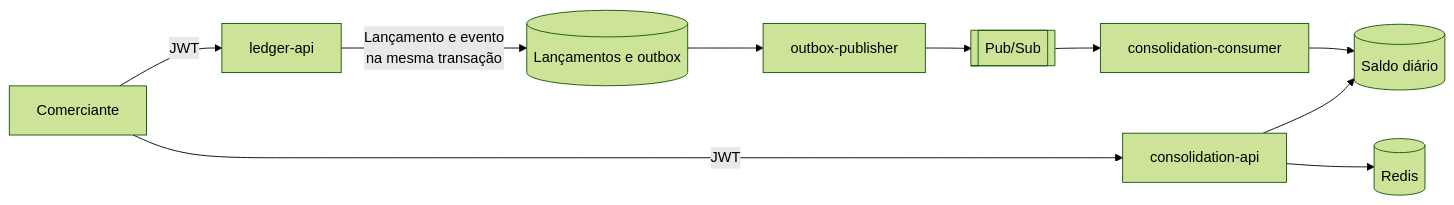
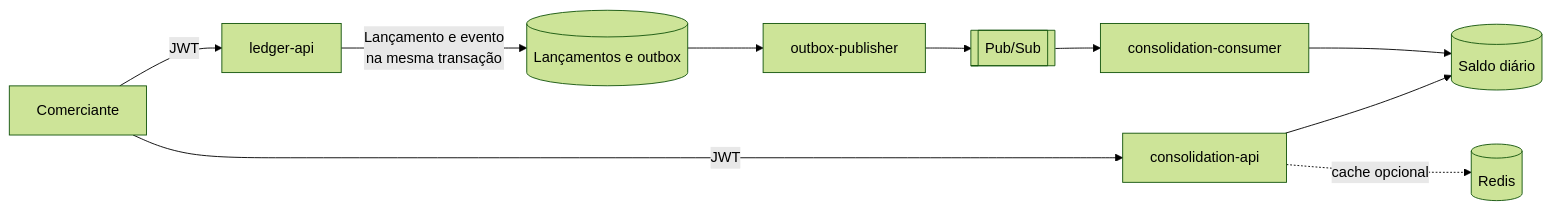
Before and after one commit to adrielcodeco/daily-cash-flow: the diagram in README.md, drawn with Mermaid (forest theme). The commit also changed other lines of this file and 80 other files, not shown here.

````diff
--- a/README.md
+++ b/README.md
@@ -9,12 +9,12 @@
 ```mermaid
 flowchart LR
     C[Comerciante] -- JWT --> L[ledger-api]
     C -- JWT --> A[consolidation-api]
     L -- "Lançamento e evento<br/>na mesma transação" --> DL[(Lançamentos e outbox)]
     DL --> P[outbox-publisher]
     P --> M[["Pub/Sub"]]
     M --> K[consolidation-consumer]
     K --> DC[(Saldo diário)]
-    A --> R[(Redis)]
     A --> DC
+    A -. "cache opcional" .-> R[(Redis)]
 ```
````
